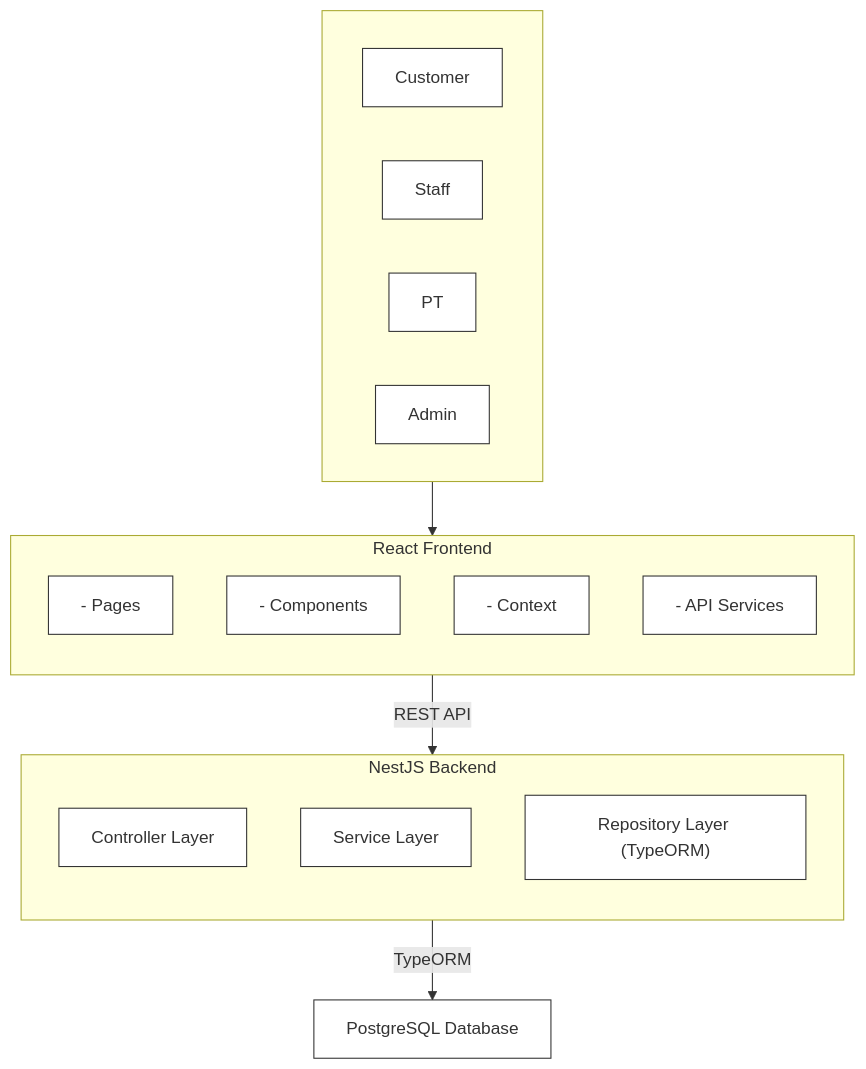
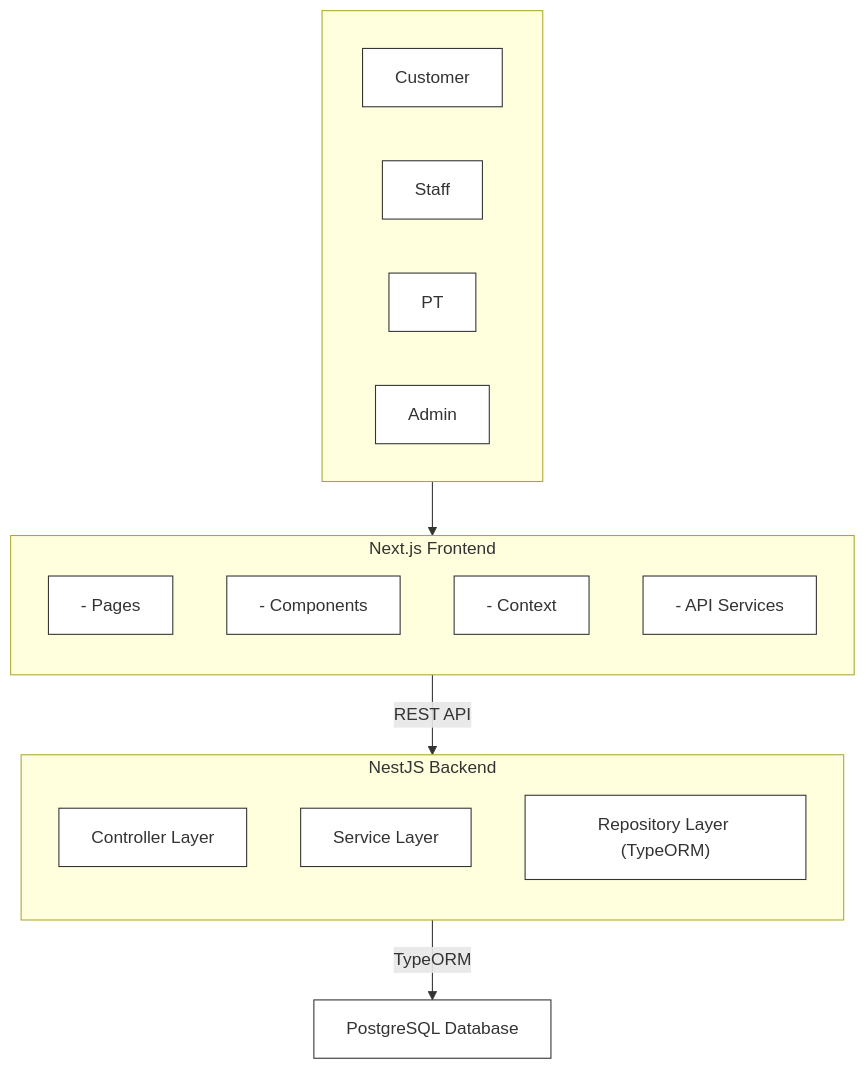
Before and after one commit to truntain/ITSS: the diagram in LT.md, drawn with Mermaid. The commit also changed other lines of this file, not shown here.

Commit message:
Update LT.md: Change React Frontend to Next.js Frontend

````diff
--- a/LT.md
+++ b/LT.md
@@ -133,43 +133,43 @@
 ```mermaid
 graph TD
     %% Định nghĩa Style để tối giản màu sắc giống slide
     classDef actorStyle fill:#ffffff,stroke:#333,stroke-width:1px;
     classDef boxStyle fill:#ffffff,stroke:#333,stroke-width:1px;
 
     %% Các Tác Nhân (Clients)
     subgraph Clients [" "]
         Customer["Customer"]
         Staff["Staff"]
         PT["PT"]
         Admin["Admin"]
     end
     
-    %% React Frontend
-    subgraph Frontend ["React Frontend"]
+    %% Next.js Frontend
+    subgraph Frontend ["Next.js Frontend"]
         direction TB
         Pages["- Pages"]
         Components["- Components"]
         Context["- Context"]
         APIServices["- API Services"]
     end
 
     %% NestJS Backend
     subgraph Backend ["NestJS Backend"]
         direction TB
         Controller["Controller Layer"]
         Service["Service Layer"]
         Repository["Repository Layer (TypeORM)"]
     end
 
     %% Database
     Database["PostgreSQL Database"]
 
     %% Liên Kết
     Clients --> Frontend
     Frontend -- "REST API" --> Backend
     Backend -- "TypeORM" --> Database
 
     %% Áp dụng Style
     class Customer,Staff,PT,Admin actorStyle;
     class Pages,Components,Context,APIServices,Controller,Service,Repository,Database boxStyle;
 ```
````
